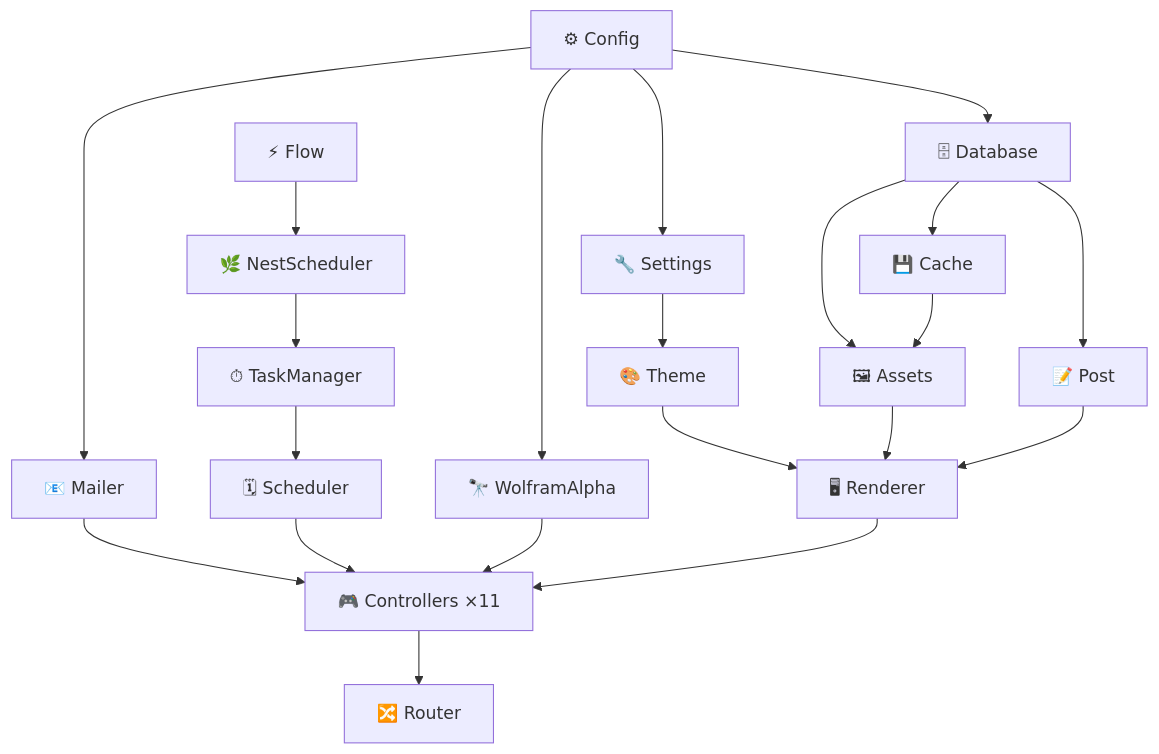
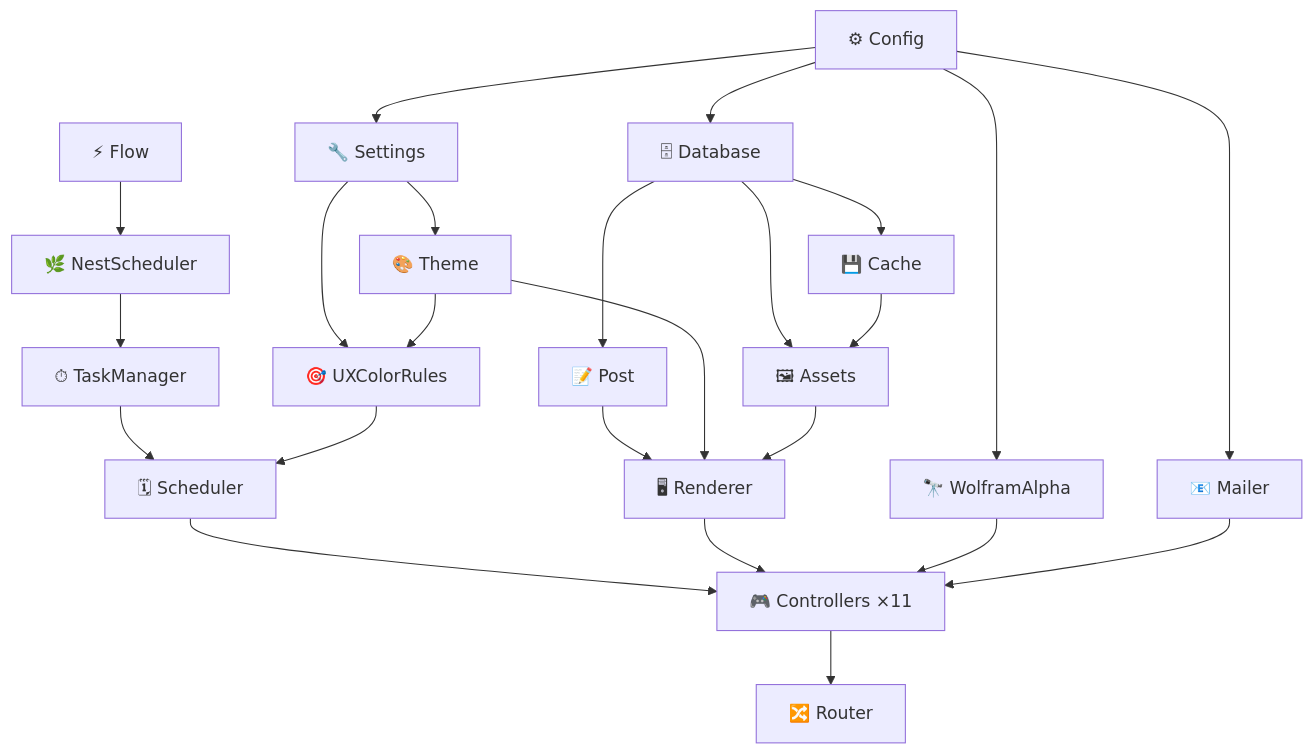
One commit to federicopfund/PersonalSite changed the first of 5 diagrams in README.md. Above: the diagram before and after it, drawn with Mermaid. The commit also changed other lines of this file and 14 other files, not shown here.

First line of the commit message:
feat: DAG view, UXColorRules, TaskConfig DB, README update

````diff
--- a/README.md
+++ b/README.md
@@ -15,40 +15,43 @@
 ```mermaid
 graph TD
   Config["⚙ Config"]
   DB["🗄 Database"]
   Post["📝 Post"]
   WA["🔭 WolframAlpha"]
   Mailer["📧 Mailer"]
   Settings["🔧 Settings"]
   Theme["🎨 Theme"]
   Flow["⚡ Flow"]
   Cache["💾 Cache"]
   Assets["🖼 Assets"]
   NestScheduler["🌿 NestScheduler"]
   TaskManager["⏱ TaskManager"]
   Scheduler["🗓 Scheduler"]
   Renderer["🖥 Renderer"]
   Controllers["🎮 Controllers ×11"]
   Router["🔀 Router"]
 
   Config --> DB
   Config --> Settings
   DB --> Post
   DB --> Cache
   DB --> Assets
   Config --> WA
   Config --> Mailer
   Settings --> Theme
+  Settings --> UXColorRules["🎯 UXColorRules"]
+  Theme --> UXColorRules
   Flow --> NestScheduler
   Cache --> Assets
   NestScheduler --> TaskManager
   TaskManager --> Scheduler
+  UXColorRules --> Scheduler
   Post --> Renderer
   Theme --> Renderer
   Assets --> Renderer
   Scheduler --> Controllers
   Renderer --> Controllers
   WA --> Controllers
   Mailer --> Controllers
   Controllers --> Router
 ```
````
